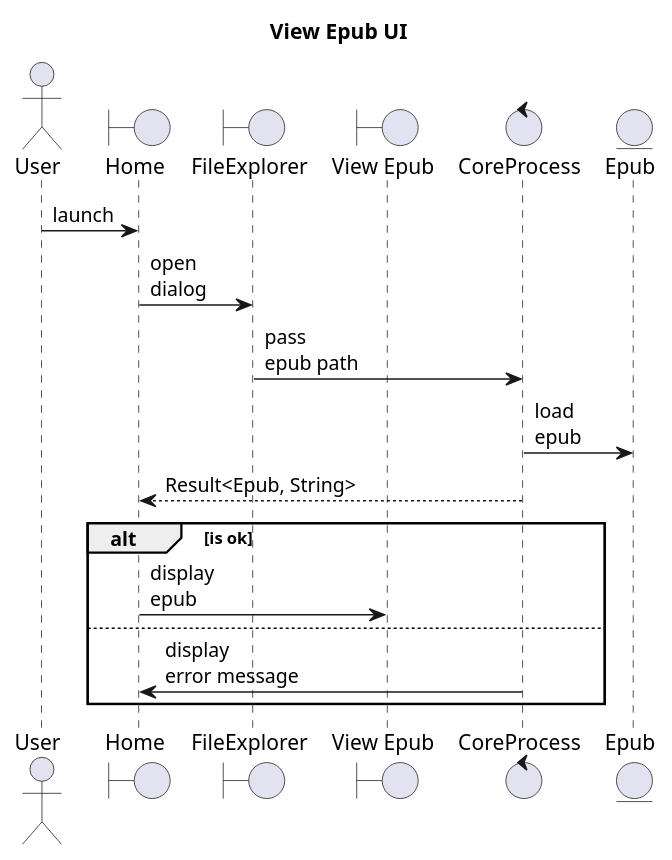
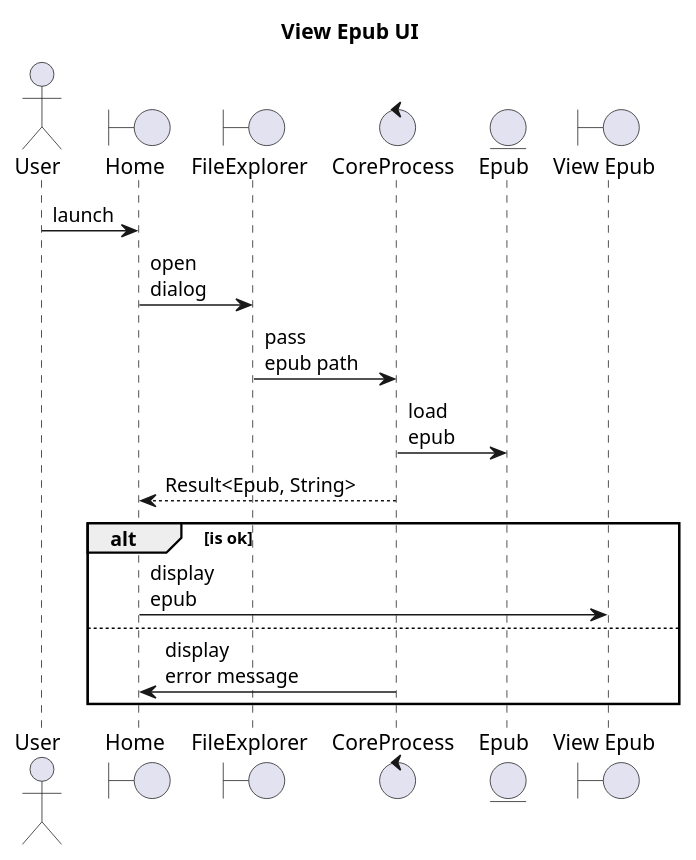
One commit to t4ai6i/rust_epub changed the diagram in docs/view_epub_ui.puml. Above: the diagram before and after it, drawn with PlantUML. The commit also changed other lines of this file, not shown here.

Commit message:
move View Epub to the end

```diff
--- a/docs/view_epub_ui.puml
+++ b/docs/view_epub_ui.puml
@@ -1,29 +1,29 @@
 @startuml
 'https://plantuml.com/sequence-diagram
 
 title View Epub UI
 
 actor User
 boundary Home
 boundary FileExplorer
-boundary "View Epub"
 control CoreProcess
 entity Epub
+boundary "View Epub"
 
 User -> Home: launch
 
 Home -> FileExplorer: open\ndialog
 
 FileExplorer -> CoreProcess: pass\nepub path
 
 CoreProcess -> Epub: load\nepub
 
 CoreProcess --> Home: Result<Epub, String>
 
 alt is ok
     Home -> "View Epub": display\nepub
 else
     CoreProcess -> Home: display\nerror message
 end
 
 @enduml
```
